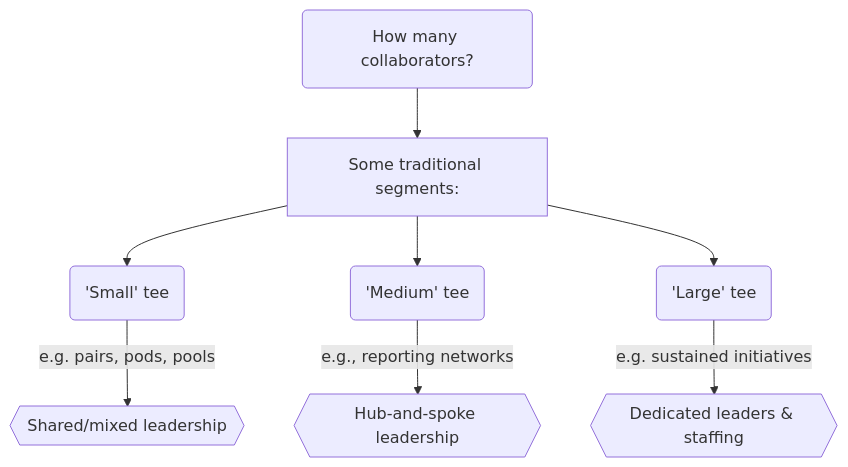
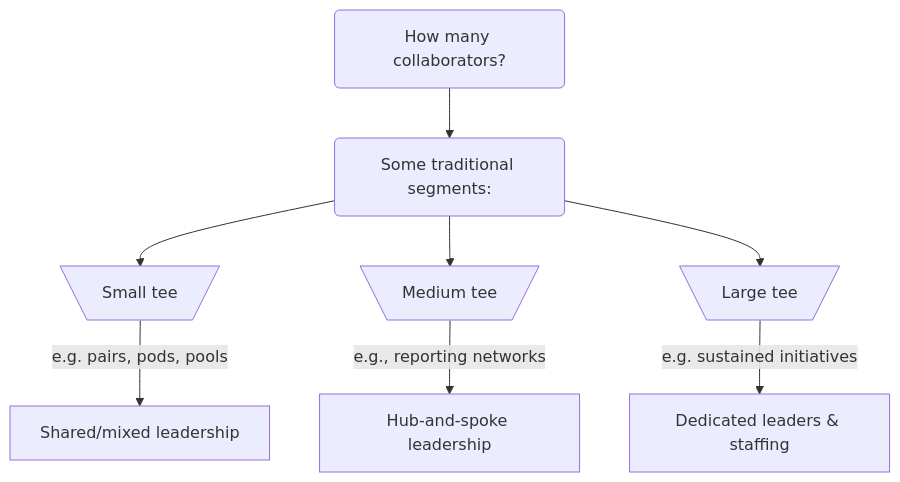
Before and after one commit to tiffehr/collaboration-capstone: the first of 4 diagrams in docs/README.md, drawn with Mermaid.

Commit message:
better shape for tees

```diff
--- a/docs/README.md
+++ b/docs/README.md
@@ -23,10 +23,10 @@
 <div class="mermaid">
 graph TD
-  A(How many collaborators?) --> B[Some traditional segments:]
-    B --> b1('Small' tee)
-      b1 -->|e.g. pairs, pods, pools| sm{{Shared/mixed leadership}}
-    B --> b2('Medium' tee)
-      b2 -->|e.g., reporting networks| md{{Hub-and-spoke leadership}}
-    B --> b3('Large' tee)
-      b3 -->|e.g. sustained initiatives| lg{{Dedicated leaders & staffing}}
+  A(How many collaborators?) --> B(Some traditional segments:)
+    B --> b1[\"Small" tee/]
+      b1 -->|e.g. pairs, pods, pools| sm[Shared/mixed leadership]
+    B --> b2[\"Medium" tee/]
+      b2 -->|e.g., reporting networks| md[Hub-and-spoke leadership]
+    B --> b3[\"Large" tee/]
+      b3 -->|e.g. sustained initiatives| lg[Dedicated leaders & staffing]
 </div>
```
